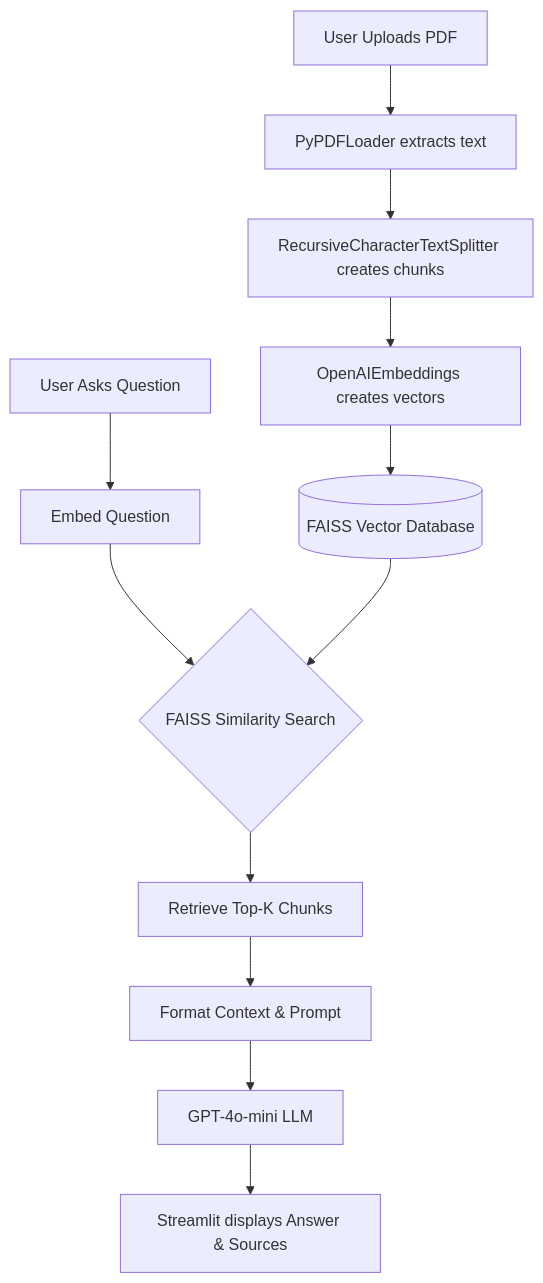
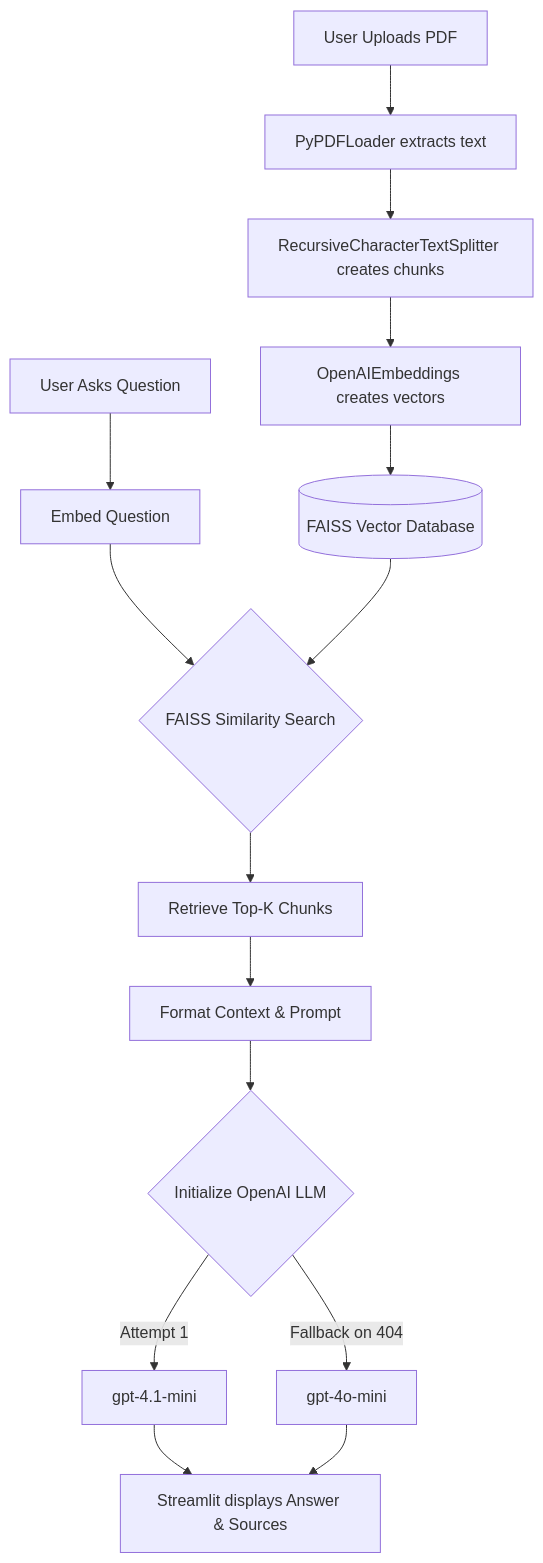
The diagram in README.md (Shivaramakrishnaganji/PDF-Knowledge-Assistant), drawn with Mermaid before and after one commit. The commit also changed other lines of this file, not shown here.

Commit message:
Docs: Update README with explicit Tech Stack section and dynamic fallback architecture

````diff
--- a/README.md
+++ b/README.md
@@ -33,15 +41,18 @@
 ```mermaid
 graph TD
     A[User Uploads PDF] --> B[PyPDFLoader extracts text]
     B --> C[RecursiveCharacterTextSplitter creates chunks]
     C --> D[OpenAIEmbeddings creates vectors]
     D --> E[(FAISS Vector Database)]
     
     F[User Asks Question] --> G[Embed Question]
     G --> H{FAISS Similarity Search}
     E --> H
     H --> I[Retrieve Top-K Chunks]
     I --> J[Format Context & Prompt]
-    J --> K[GPT-4o-mini LLM]
-    K --> L[Streamlit displays Answer & Sources]
+    J --> K{Initialize OpenAI LLM}
+    K -->|Attempt 1| L[gpt-4.1-mini]
+    K -->|Fallback on 404| M[gpt-4o-mini]
+    L --> N[Streamlit displays Answer & Sources]
+    M --> N[Streamlit displays Answer & Sources]
 ```
````
